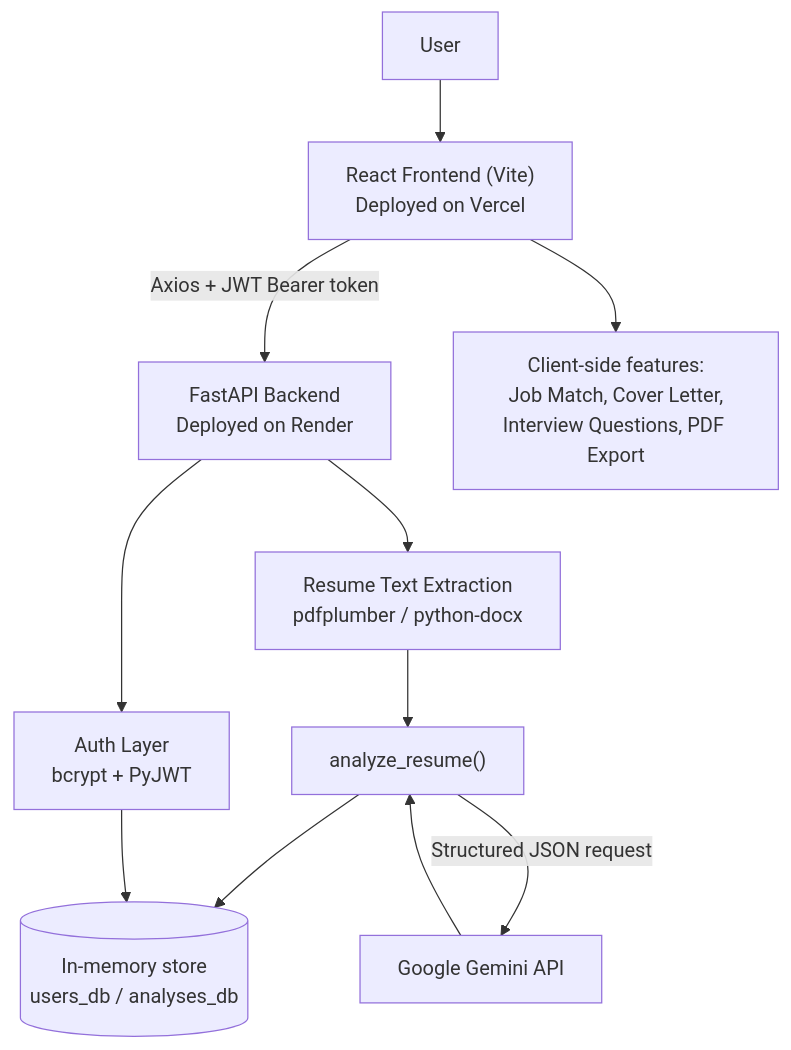
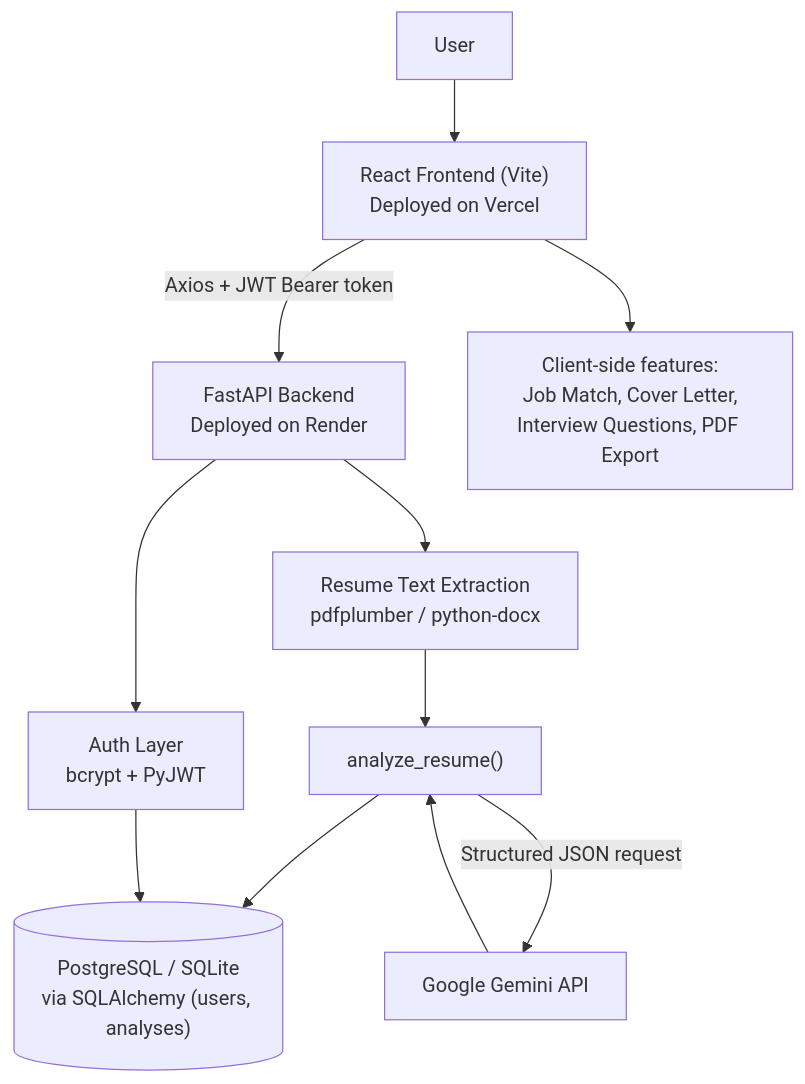
The diagram in README.md (Chittalasailu/AI-Resume-Analyzer), drawn with Mermaid before and after one commit. The commit also changed other lines of this file and 18 other files, not shown here.

````diff
--- a/README.md
+++ b/README.md
@@ -64,13 +64,13 @@
 ```mermaid
 flowchart TD
     U[User] --> FE["React Frontend (Vite)<br/>Deployed on Vercel"]
     FE -->|Axios + JWT Bearer token| BE["FastAPI Backend<br/>Deployed on Render"]
     FE --> CLIENT["Client-side features:<br/>Job Match, Cover Letter,<br/>Interview Questions, PDF Export"]
     BE --> AUTH["Auth Layer<br/>bcrypt + PyJWT"]
     BE --> PARSE["Resume Text Extraction<br/>pdfplumber / python-docx"]
     PARSE --> ANALYZE["analyze_resume()"]
     ANALYZE -->|Structured JSON request| GEMINI["Google Gemini API"]
     GEMINI --> ANALYZE
-    ANALYZE --> STORE[("In-memory store<br/>users_db / analyses_db")]
+    ANALYZE --> STORE[("PostgreSQL / SQLite<br/>via SQLAlchemy (users, analyses)")]
     AUTH --> STORE
 ```
````
